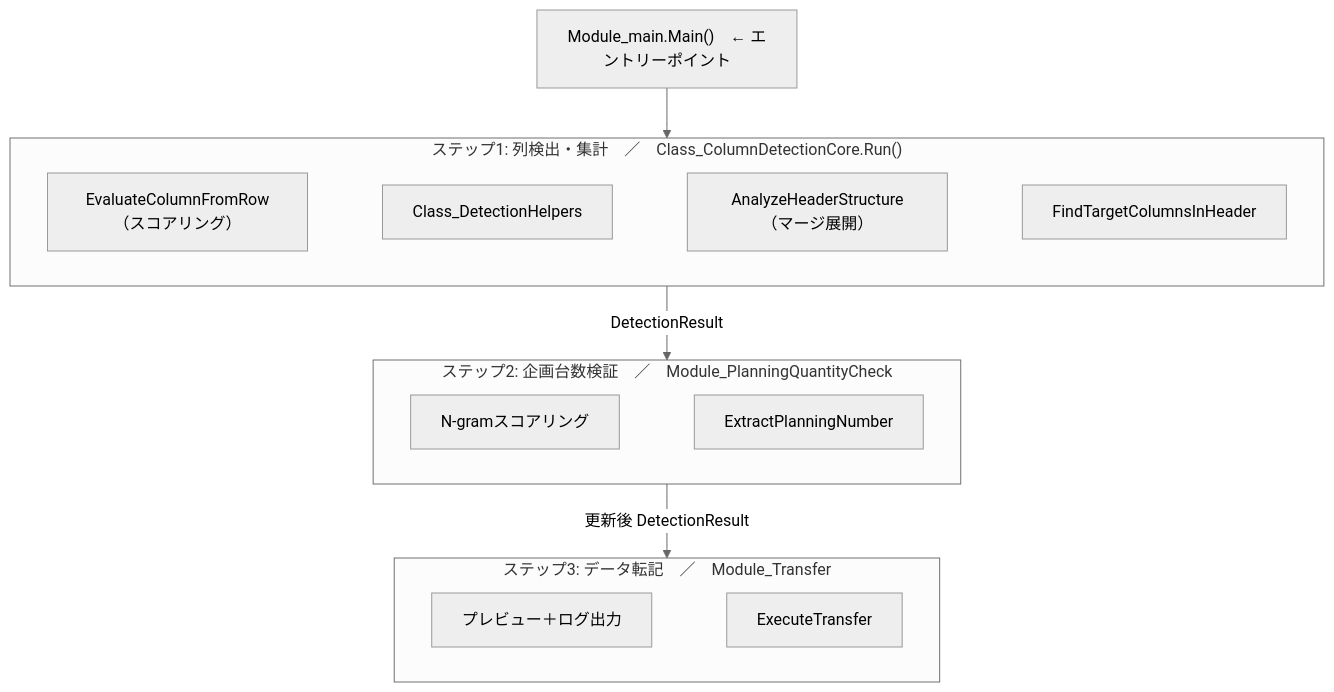
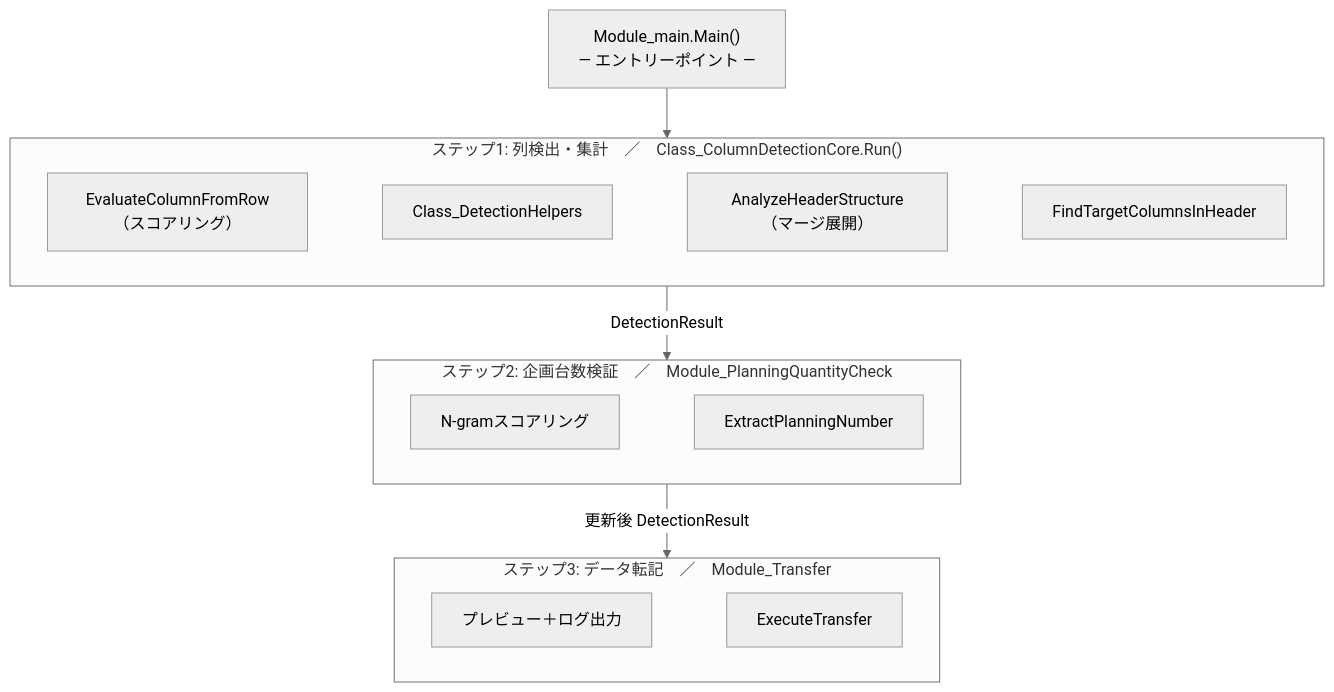
The diagram in 01_normalizer.md (aki0178/business-system-design-portfolio), drawn with Mermaid (neutral theme) before and after one commit.

````diff
--- a/01_normalizer.md
+++ b/01_normalizer.md
@@ -48,30 +48,30 @@
 ```mermaid
 flowchart TB
-    Main["Module_main.Main()　← エントリーポイント"]
+    Main["Module_main.Main()<br/>― エントリーポイント ―"]
 
     subgraph Step1["ステップ1: 列検出・集計　／　Class_ColumnDetectionCore.Run()"]
         Eval["EvaluateColumnFromRow（スコアリング）"]
         Helpers["Class_DetectionHelpers"]
         Header["AnalyzeHeaderStructure（マージ展開）"]
         Find["FindTargetColumnsInHeader"]
         Eval ~~~ Helpers
         Helpers ~~~ Header
         Header ~~~ Find
     end
 
     subgraph Step2["ステップ2: 企画台数検証　／　Module_PlanningQuantityCheck"]
         NGram["N-gramスコアリング"]
         Extract["ExtractPlanningNumber"]
         NGram ~~~ Extract
     end
 
     subgraph Step3["ステップ3: データ転記　／　Module_Transfer"]
         Preview["プレビュー＋ログ出力"]
         Exec["ExecuteTransfer"]
         Preview ~~~ Exec
     end
 
     Main --> Step1
     Step1 -- "DetectionResult" --> Step2
     Step2 -- "更新後 DetectionResult" --> Step3
 ```
````
